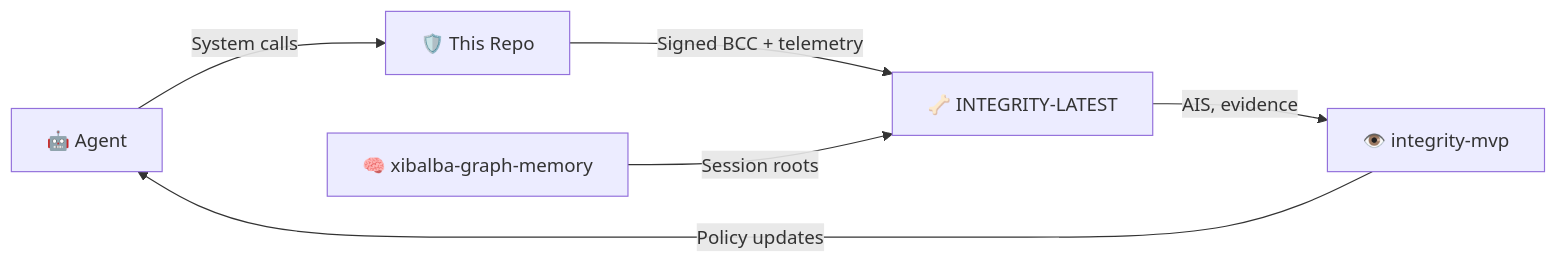
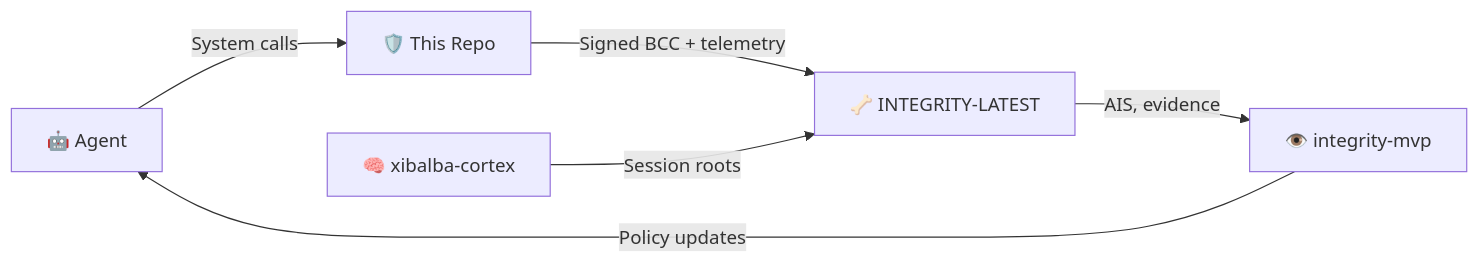
Before and after one commit to XibalbaTechSol/xibalba-shield: the diagram in SPECIFICATION.md, drawn with Mermaid. The commit also changed other lines of this file and 1 other file, not shown here.

Commit message:
Update xibalba-graph-memory references to xibalba-cortex
Comment/doc-only references, no functional dependency here.

````diff
--- a/SPECIFICATION.md
+++ b/SPECIFICATION.md
@@ -57,8 +57,8 @@
 ```mermaid
 flowchart LR
     Agent["🤖 Agent"] -->|"System calls"| Immune["🛡️ This Repo"]
     Immune -->|"Signed BCC + telemetry"| Backbone["🦴 INTEGRITY-LATEST"]
-    Brain["🧠 xibalba-graph-memory"] -->|"Session roots"| Backbone
+    Brain["🧠 xibalba-cortex"] -->|"Session roots"| Backbone
     Backbone -->|"AIS, evidence"| Eyes["👁️ integrity-mvp"]
     Eyes -->|"Policy updates"| Agent
 ```
````
